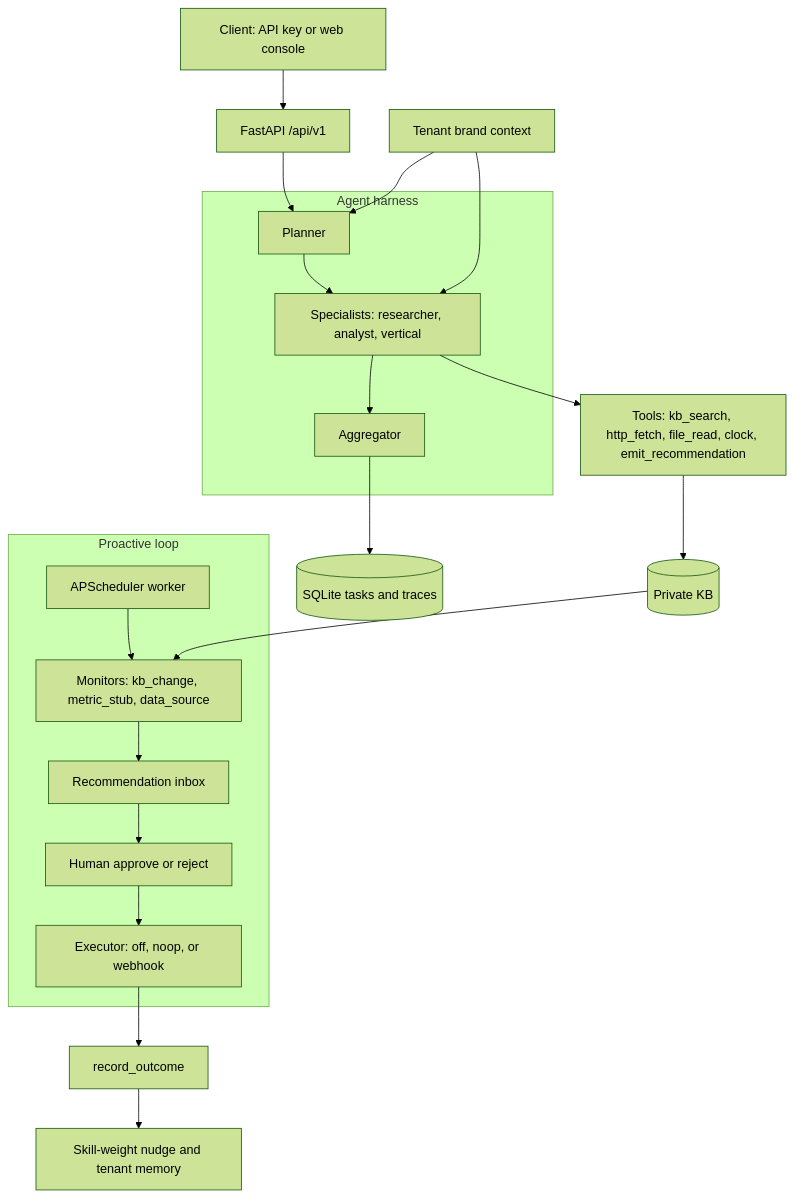
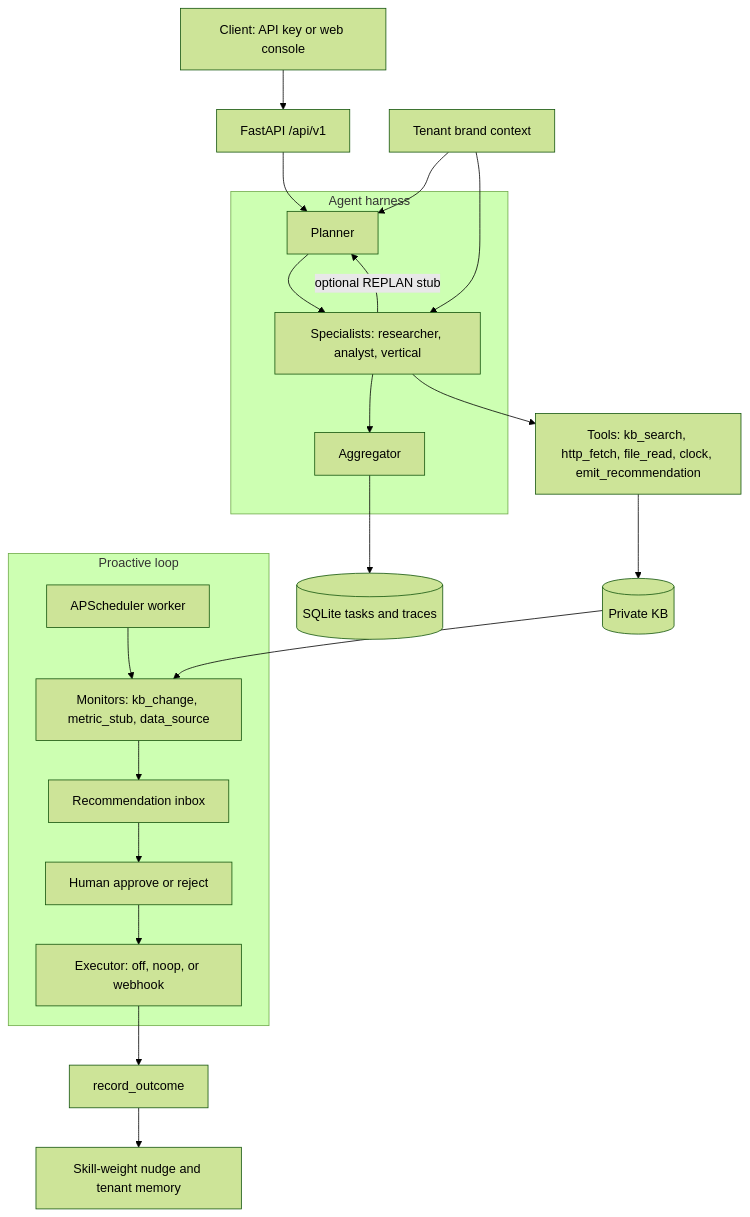
The diagram in README.md (jahonn/ProAgent-OS), drawn with Mermaid (forest theme) before and after one commit. The commit also changed other lines of this file and 11 other files, not shown here.

First line of the commit message:
feat(harness): plan-and-replan outer loop stub (#32)

````diff
--- a/README.md
+++ b/README.md
@@ -91,27 +92,28 @@
 ```mermaid
 flowchart TB
   client["Client: API key or web console"] --> api["FastAPI /api/v1"]
 
   subgraph harness ["Agent harness"]
     planner["Planner"] --> specialists["Specialists: researcher, analyst, vertical"]
+    specialists -->|"optional REPLAN stub"| planner
     specialists --> aggregator["Aggregator"]
   end
 
   api --> planner
   brand["Tenant brand context"] --> planner
   brand --> specialists
   specialists --> tools["Tools: kb_search, http_fetch, file_read, clock, emit_recommendation"]
   tools --> kb[("Private KB")]
   aggregator --> traces[("SQLite tasks and traces")]
 
   subgraph hitl ["Proactive loop"]
     worker["APScheduler worker"] --> monitors["Monitors: kb_change, metric_stub, data_source"]
     monitors --> inbox["Recommendation inbox"]
     inbox --> human["Human approve or reject"]
     human --> executor["Executor: off, noop, or webhook"]
   end
 
   kb --> monitors
   executor --> metrics["record_outcome"]
   metrics --> learning["Skill-weight nudge and tenant memory"]
 ```
````
